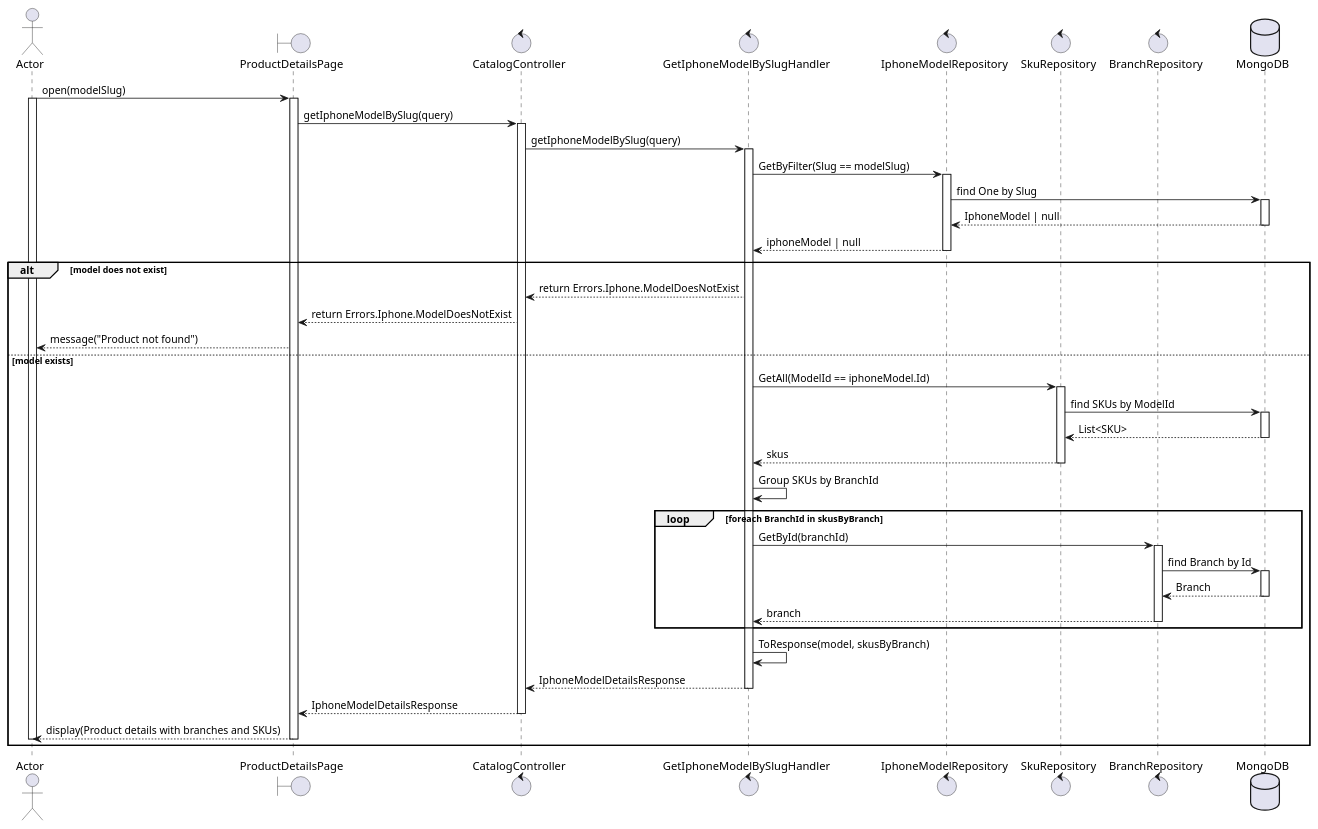
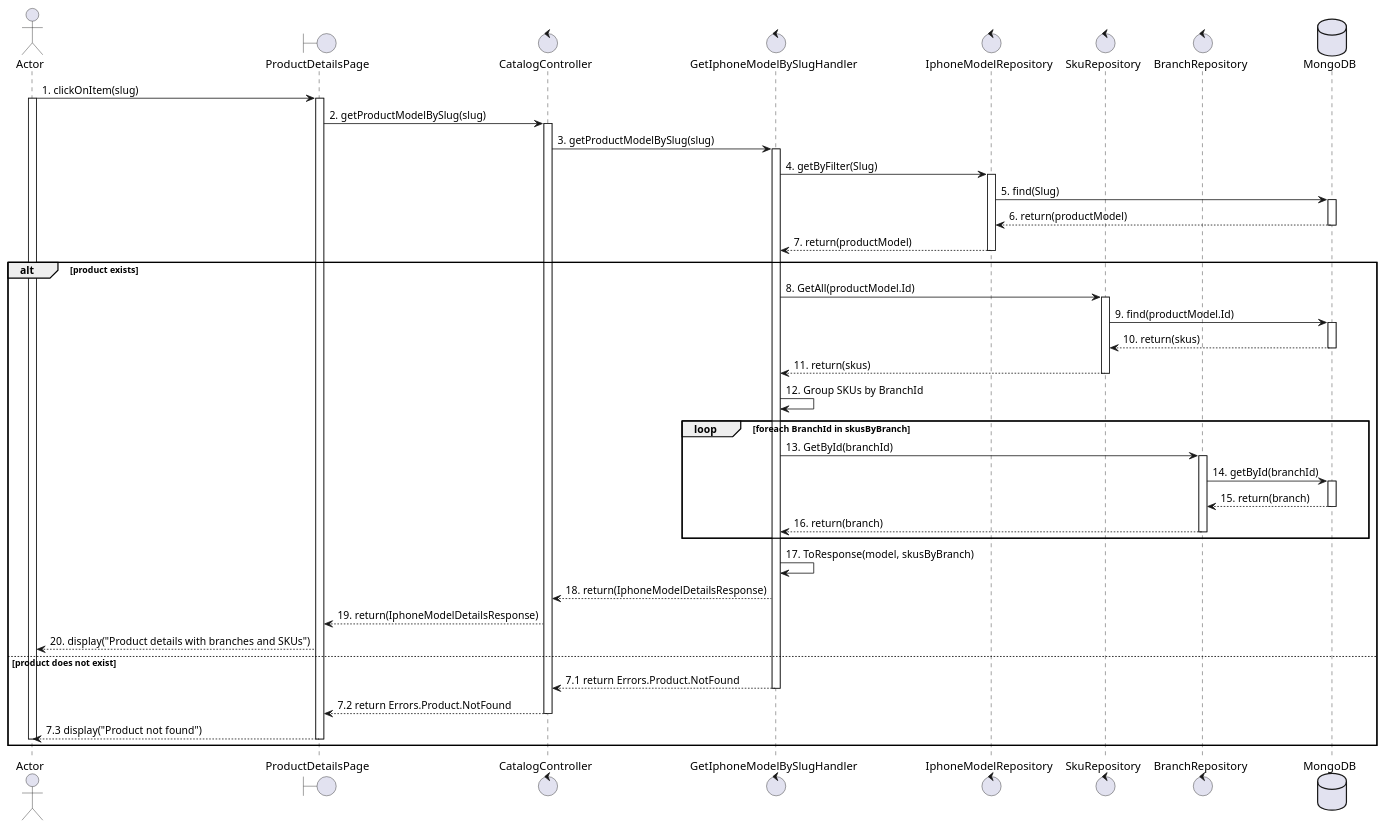
Before and after one commit to Young-Z-Generation-YZG/your-comfort-my-apple: the diagram in docs/usecases/UC7_view-product-details.plantuml, drawn with PlantUML. The commit also changed 7 other files, not shown here.

Commit message:
docs: refactor some old usecases and usecase diagram

```diff
--- a/docs/usecases/UC7_view-product-details.plantuml
+++ b/docs/usecases/UC7_view-product-details.plantuml
@@ -1,69 +1,65 @@
 @startuml UC7_view_product_details
 actor Actor
 boundary ProductDetailsPage
 control CatalogController
 control GetIphoneModelBySlugHandler
 control IphoneModelRepository
 control SkuRepository
 control BranchRepository
 database MongoDB
 
-Actor -> ProductDetailsPage: open(modelSlug)
+Actor -> ProductDetailsPage: 1. clickOnItem(slug)
 activate Actor
 activate ProductDetailsPage
 
-ProductDetailsPage -> CatalogController: getIphoneModelBySlug(query)
+ProductDetailsPage -> CatalogController: 2. getProductModelBySlug(slug)
 activate CatalogController
 
-CatalogController -> GetIphoneModelBySlugHandler: getIphoneModelBySlug(query)
+CatalogController -> GetIphoneModelBySlugHandler: 3. getProductModelBySlug(slug)
 activate GetIphoneModelBySlugHandler
 
-GetIphoneModelBySlugHandler -> IphoneModelRepository: GetByFilter(Slug == modelSlug)
+GetIphoneModelBySlugHandler -> IphoneModelRepository: 4. getByFilter(Slug)
 activate IphoneModelRepository
-IphoneModelRepository -> MongoDB: find One by Slug
+IphoneModelRepository -> MongoDB: 5. find(Slug)
 activate MongoDB
-MongoDB --> IphoneModelRepository: IphoneModel | null
+MongoDB --> IphoneModelRepository: 6. return(productModel)
 deactivate MongoDB
-IphoneModelRepository --> GetIphoneModelBySlugHandler: iphoneModel | null
+IphoneModelRepository --> GetIphoneModelBySlugHandler: 7. return(productModel)
 deactivate IphoneModelRepository
 
-alt model does not exist
-    GetIphoneModelBySlugHandler --> CatalogController: return Errors.Iphone.ModelDoesNotExist
-    CatalogController --> ProductDetailsPage: return Errors.Iphone.ModelDoesNotExist
-    ProductDetailsPage --> Actor: message("Product not found")
-else model exists
-    GetIphoneModelBySlugHandler -> SkuRepository: GetAll(ModelId == iphoneModel.Id)
+alt product exists
+    GetIphoneModelBySlugHandler -> SkuRepository: 8. GetAll(productModel.Id)
     activate SkuRepository
-    SkuRepository -> MongoDB: find SKUs by ModelId
+    SkuRepository -> MongoDB: 9. find(productModel.Id)
     activate MongoDB
-    MongoDB --> SkuRepository: List<SKU>
+    MongoDB --> SkuRepository: 10. return(skus)
     deactivate MongoDB
-    SkuRepository --> GetIphoneModelBySlugHandler: skus
+    SkuRepository --> GetIphoneModelBySlugHandler: 11. return(skus)
     deactivate SkuRepository
-
-    GetIphoneModelBySlugHandler -> GetIphoneModelBySlugHandler: Group SKUs by BranchId
-
+    GetIphoneModelBySlugHandler -> GetIphoneModelBySlugHandler: 12. Group SKUs by BranchId
     loop foreach BranchId in skusByBranch
-        GetIphoneModelBySlugHandler -> BranchRepository: GetById(branchId)
+        GetIphoneModelBySlugHandler -> BranchRepository: 13. GetById(branchId)
         activate BranchRepository
-        BranchRepository -> MongoDB: find Branch by Id
+        BranchRepository -> MongoDB: 14. getById(branchId)
         activate MongoDB
-        MongoDB --> BranchRepository: Branch
+        MongoDB --> BranchRepository: 15. return(branch)
         deactivate MongoDB
-        BranchRepository --> GetIphoneModelBySlugHandler: branch
+        BranchRepository --> GetIphoneModelBySlugHandler: 16. return(branch)
         deactivate BranchRepository
     end
-
-    GetIphoneModelBySlugHandler -> GetIphoneModelBySlugHandler: ToResponse(model, skusByBranch)
-    GetIphoneModelBySlugHandler --> CatalogController: IphoneModelDetailsResponse
+    
+    GetIphoneModelBySlugHandler -> GetIphoneModelBySlugHandler: 17. ToResponse(model, skusByBranch)
+    GetIphoneModelBySlugHandler --> CatalogController: 18. return(IphoneModelDetailsResponse)
+    CatalogController --> ProductDetailsPage: 19. return(IphoneModelDetailsResponse)
+    ProductDetailsPage --> Actor: 20. display("Product details with branches and SKUs")
+else product does not exist
+    GetIphoneModelBySlugHandler --> CatalogController: 7.1 return Errors.Product.NotFound
     deactivate GetIphoneModelBySlugHandler
-
-    CatalogController --> ProductDetailsPage: IphoneModelDetailsResponse
+    CatalogController --> ProductDetailsPage: 7.2 return Errors.Product.NotFound
     deactivate CatalogController
-
-    ProductDetailsPage --> Actor: display(Product details with branches and SKUs)
+    ProductDetailsPage --> Actor: 7.3 display("Product not found")
     deactivate ProductDetailsPage
     deactivate Actor
 end
 
 @enduml
```
